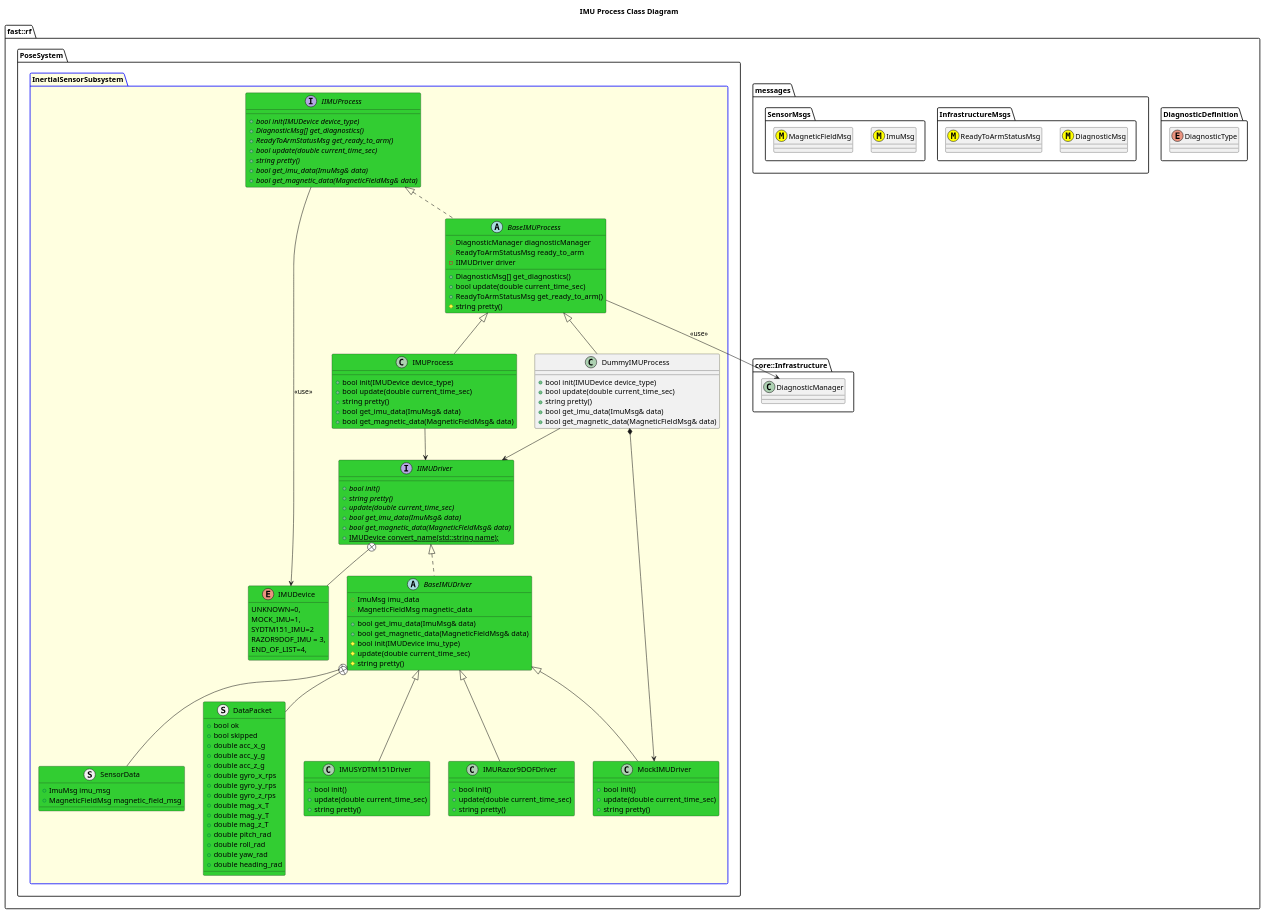
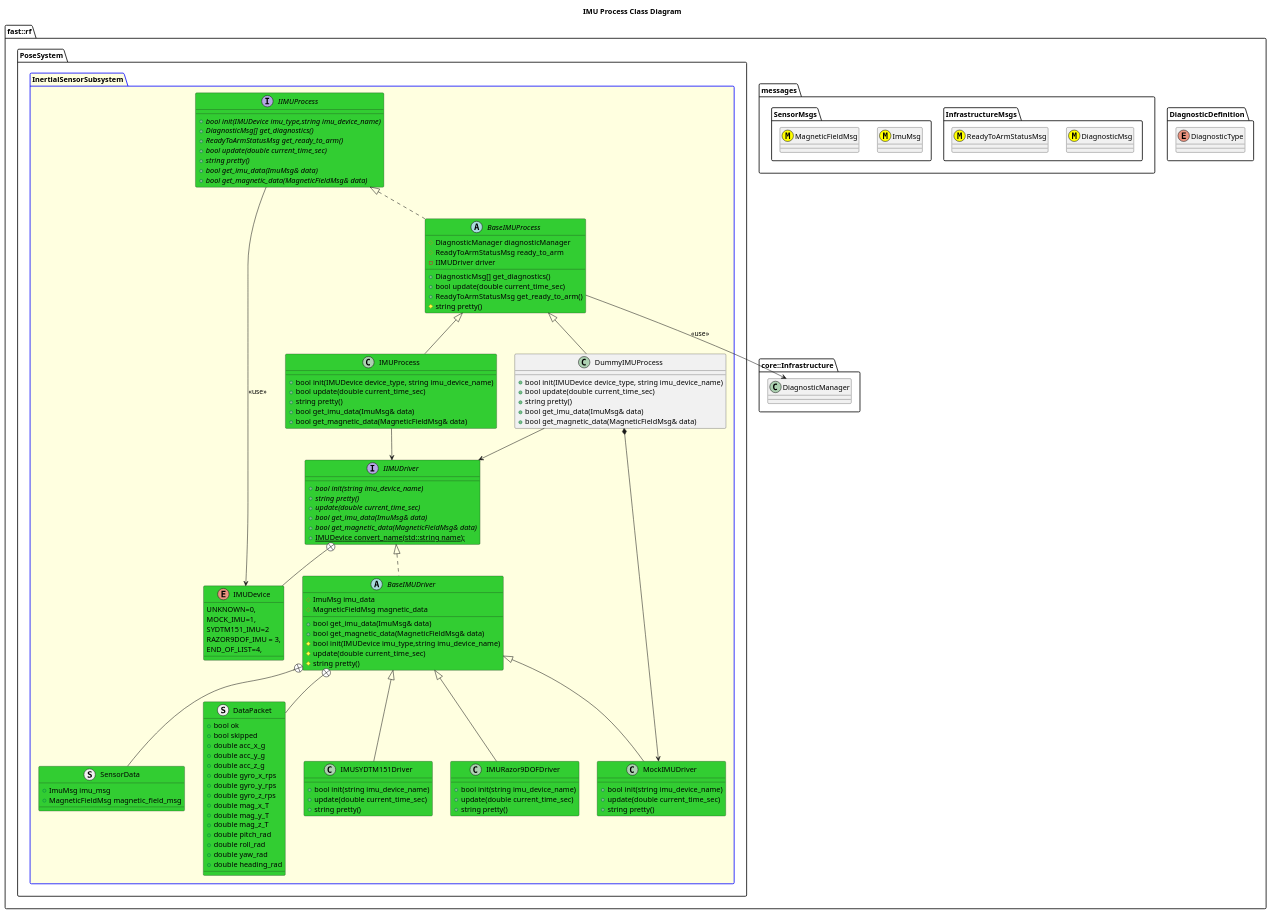
Before and after one commit to fastrobotics/robot_framework: the diagram in Systems/Pose/Subsystems/InertialSensor/Processes/IMU/doc/puml/IMUProcessClassDiagram.puml, drawn with PlantUML. The commit also changed 13 other files, not shown here.

```diff
--- a/Systems/Pose/Subsystems/InertialSensor/Processes/IMU/doc/puml/IMUProcessClassDiagram.puml
+++ b/Systems/Pose/Subsystems/InertialSensor/Processes/IMU/doc/puml/IMUProcessClassDiagram.puml
@@ -1,140 +1,140 @@
 @startuml
 title IMU Process Class Diagram
 
 namespace fast::rf {
   namespace DiagnosticDefinition {
     enum DiagnosticType
   }
   namespace messages {
     namespace InfrastructureMsgs {
       class DiagnosticMsg <<(M,#FFFF00)>>
       class ReadyToArmStatusMsg <<(M,#FFFF00)>>
     }
     namespace SensorMsgs {
       class ImuMsg <<(M,#FFFF00)>>
       class MagneticFieldMsg <<(M,#FFFF00)>>
     }
   }
   namespace core::Infrastructure {
     class DiagnosticManager
   }
   namespace PoseSystem {
     package InertialSensorSubsystem #LightYellow;line:blue {
         interface IIMUProcess #LimeGreen {
-          +{abstract} bool init(IMUDevice device_type)
+          +{abstract} bool init(IMUDevice imu_type,string imu_device_name)
           +{abstract} DiagnosticMsg[] get_diagnostics()
           +{abstract} ReadyToArmStatusMsg get_ready_to_arm()
           +{abstract} bool update(double current_time_sec)
           +{abstract} string pretty()
           +{abstract} bool get_imu_data(ImuMsg& data)
           +{abstract} bool get_magnetic_data(MagneticFieldMsg& data)
         }
         IIMUProcess --> IMUDevice: <<use>>
         
         abstract BaseIMUProcess #LimeGreen {
           +DiagnosticMsg[] get_diagnostics()
           +bool update(double current_time_sec)
           +ReadyToArmStatusMsg get_ready_to_arm()
           #string pretty()
           #DiagnosticManager diagnosticManager
           #ReadyToArmStatusMsg ready_to_arm
           -IIMUDriver driver
 
         }
         BaseIMUProcess .up.|> IIMUProcess
         BaseIMUProcess --> DiagnosticManager: <<use>>
 
         enum IMUDevice #LimeGreen {
           UNKNOWN=0,
           MOCK_IMU=1,
           SYDTM151_IMU=2
           RAZOR9DOF_IMU = 3,
           END_OF_LIST=4,
         }
         interface IIMUDriver #LimeGreen {
-          +{abstract} bool init()
+          +{abstract} bool init(string imu_device_name)
           +{abstract} string pretty()
           +{abstract} update(double current_time_sec)
           +{abstract}  bool get_imu_data(ImuMsg& data)
           +{abstract} bool get_magnetic_data(MagneticFieldMsg& data)
           +{static} IMUDevice convert_name(std::string name);
         }
         IIMUDriver +-- IMUDevice
         struct SensorData #LimeGreen {
           +ImuMsg imu_msg
           +MagneticFieldMsg magnetic_field_msg
         }
         struct DataPacket #LimeGreen {
             +bool ok
             +bool skipped
             +double acc_x_g
             +double acc_y_g
             +double acc_z_g
             +double gyro_x_rps
             +double gyro_y_rps
             +double gyro_z_rps
             +double mag_x_T
             +double mag_y_T
             +double mag_z_T
             +double pitch_rad
             +double roll_rad
             +double yaw_rad
             +double heading_rad
         }
         abstract BaseIMUDriver #LimeGreen {
           +bool get_imu_data(ImuMsg& data)
           +bool get_magnetic_data(MagneticFieldMsg& data)
-          #bool init(IMUDevice imu_type)
+          #bool init(IMUDevice imu_type,string imu_device_name)
           #update(double current_time_sec)
           #string pretty()
           #ImuMsg imu_data
           #MagneticFieldMsg magnetic_data
         }
         BaseIMUDriver .up.|> IIMUDriver
         BaseIMUDriver +-- SensorData
         BaseIMUDriver +-- DataPacket
 
         class MockIMUDriver #LimeGreen {
-           +bool init()
+           +bool init(string imu_device_name)
            +update(double current_time_sec)
            +string pretty()
            
         }
         MockIMUDriver -up-|> BaseIMUDriver
 
         class IMUSYDTM151Driver #LimeGreen {
-           +bool init()
+           +bool init(string imu_device_name)
            +update(double current_time_sec)
            +string pretty()
         }
         IMUSYDTM151Driver -up-|> BaseIMUDriver
         class IMURazor9DOFDriver #LimeGreen {
-           +bool init()
+           +bool init(string imu_device_name)
            +update(double current_time_sec)
            +string pretty()
         }
         IMURazor9DOFDriver -up-|> BaseIMUDriver
         class IMUProcess #LimeGreen {
-          +bool init(IMUDevice device_type)
+          +bool init(IMUDevice device_type, string imu_device_name)
           +bool update(double current_time_sec)
           +string pretty()
           +bool get_imu_data(ImuMsg& data)
           +bool get_magnetic_data(MagneticFieldMsg& data)
           
         }
         IMUProcess -up-|> BaseIMUProcess
         IMUProcess --> IIMUDriver
         class DummyIMUProcess {
-          +bool init(IMUDevice device_type)
+          +bool init(IMUDevice device_type, string imu_device_name)
           +bool update(double current_time_sec)
           +string pretty()
           +bool get_imu_data(ImuMsg& data)
           +bool get_magnetic_data(MagneticFieldMsg& data)
         }
         DummyIMUProcess -up-|> BaseIMUProcess
         DummyIMUProcess --> IIMUDriver
         DummyIMUProcess *-> MockIMUDriver
     }
   }
 }
 @enduml
```
